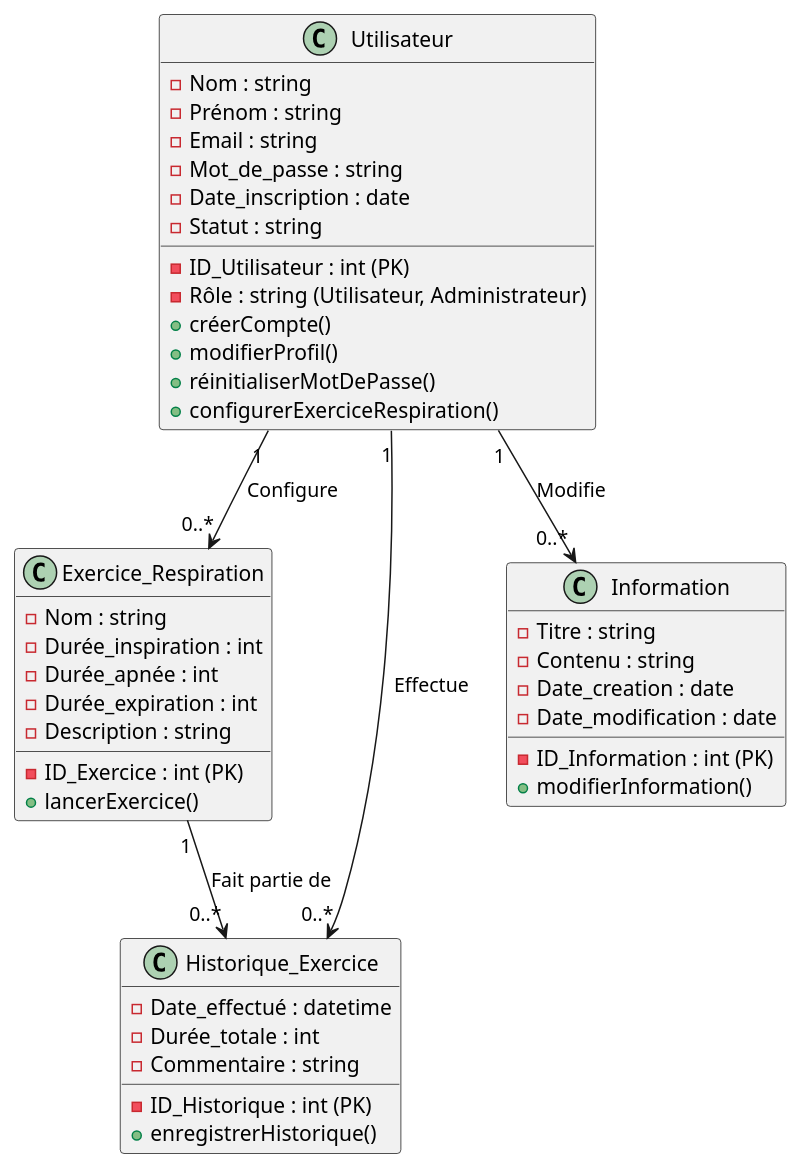
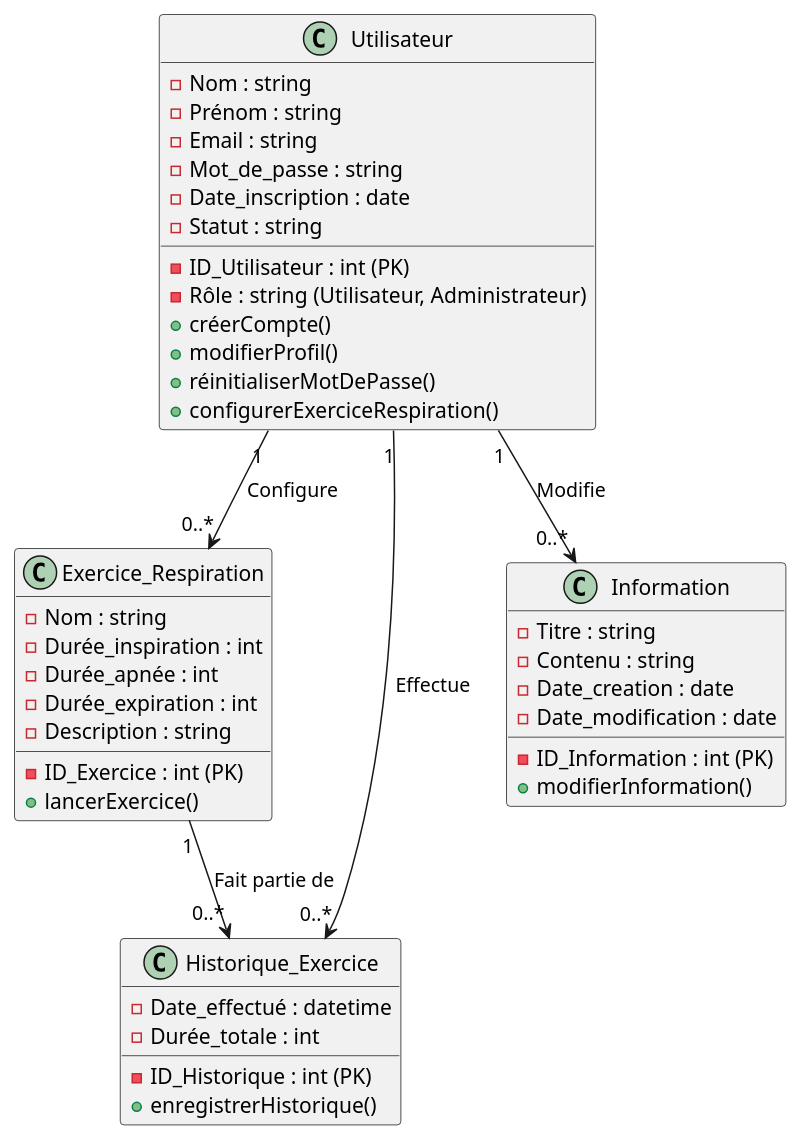
Before and after one commit to lucasbleau/CESIZEN: the diagram in cesizen_backend/documentation/diagrammeClasse.puml, drawn with PlantUML. The commit also changed 40 other files, not shown here.

```diff
--- a/cesizen_backend/documentation/diagrammeClasse.puml
+++ b/cesizen_backend/documentation/diagrammeClasse.puml
@@ -1,53 +1,52 @@
 @startuml
 ' Définir les classes
 
 class Utilisateur {
     - ID_Utilisateur : int (PK)
     - Nom : string
     - Prénom : string
     - Email : string
     - Mot_de_passe : string
     - Date_inscription : date
     - Statut : string
     - Rôle : string (Utilisateur, Administrateur)
     + créerCompte()
     + modifierProfil()
     + réinitialiserMotDePasse()
     + configurerExerciceRespiration()
 }
 
 class Exercice_Respiration {
     - ID_Exercice : int (PK)
     - Nom : string
     - Durée_inspiration : int
     - Durée_apnée : int
     - Durée_expiration : int
     - Description : string
     + lancerExercice()
 }
 
 class Historique_Exercice {
     - ID_Historique : int (PK)
     - Date_effectué : datetime
     - Durée_totale : int
-    - Commentaire : string
     + enregistrerHistorique()
 }
 
 class Information {
     - ID_Information : int (PK)
     - Titre : string
     - Contenu : string
     - Date_creation : date
     - Date_modification : date
     + modifierInformation()
 }
 
 ' Définir les relations
 
 Utilisateur "1" --> "0..*" Exercice_Respiration : Configure
 Utilisateur "1" --> "0..*" Historique_Exercice : Effectue
 Exercice_Respiration "1" --> "0..*" Historique_Exercice : Fait partie de
 Utilisateur "1" --> "0..*" Information : Modifie
 
 @enduml
```
